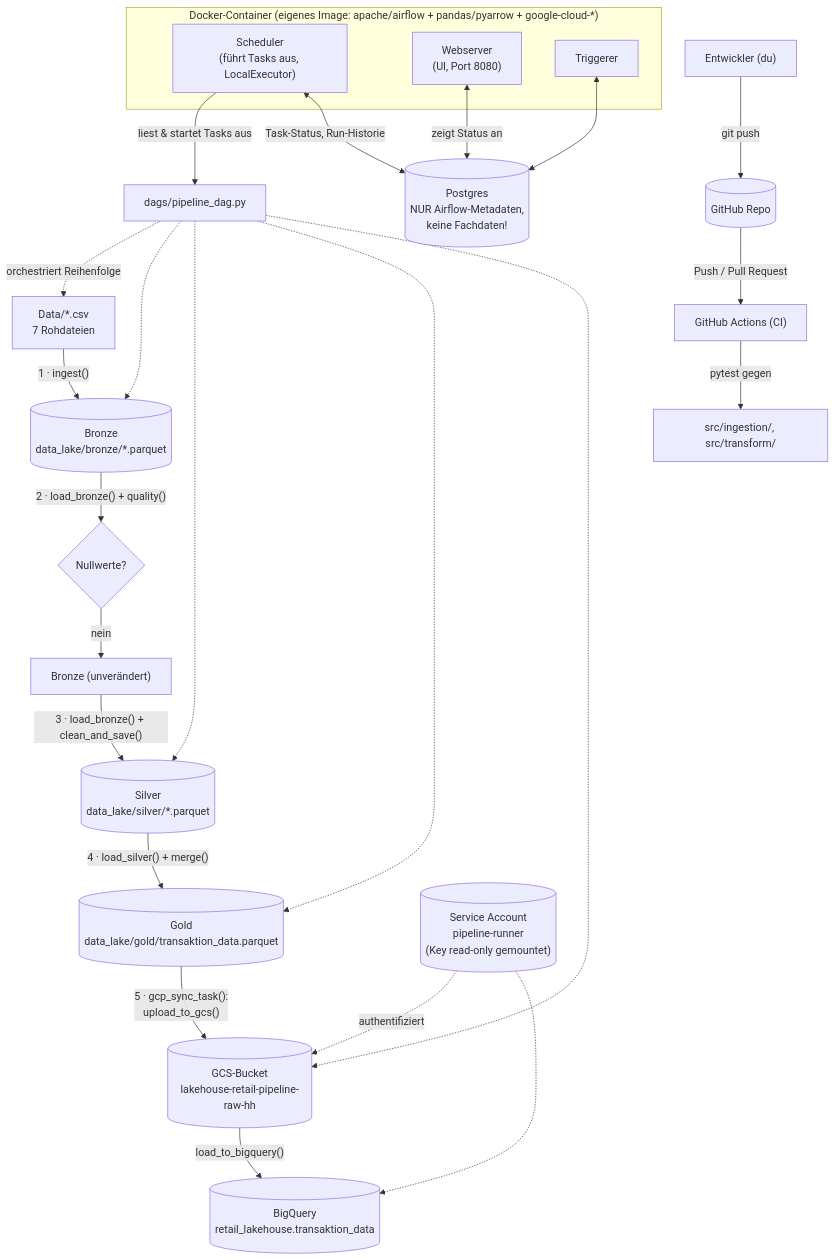
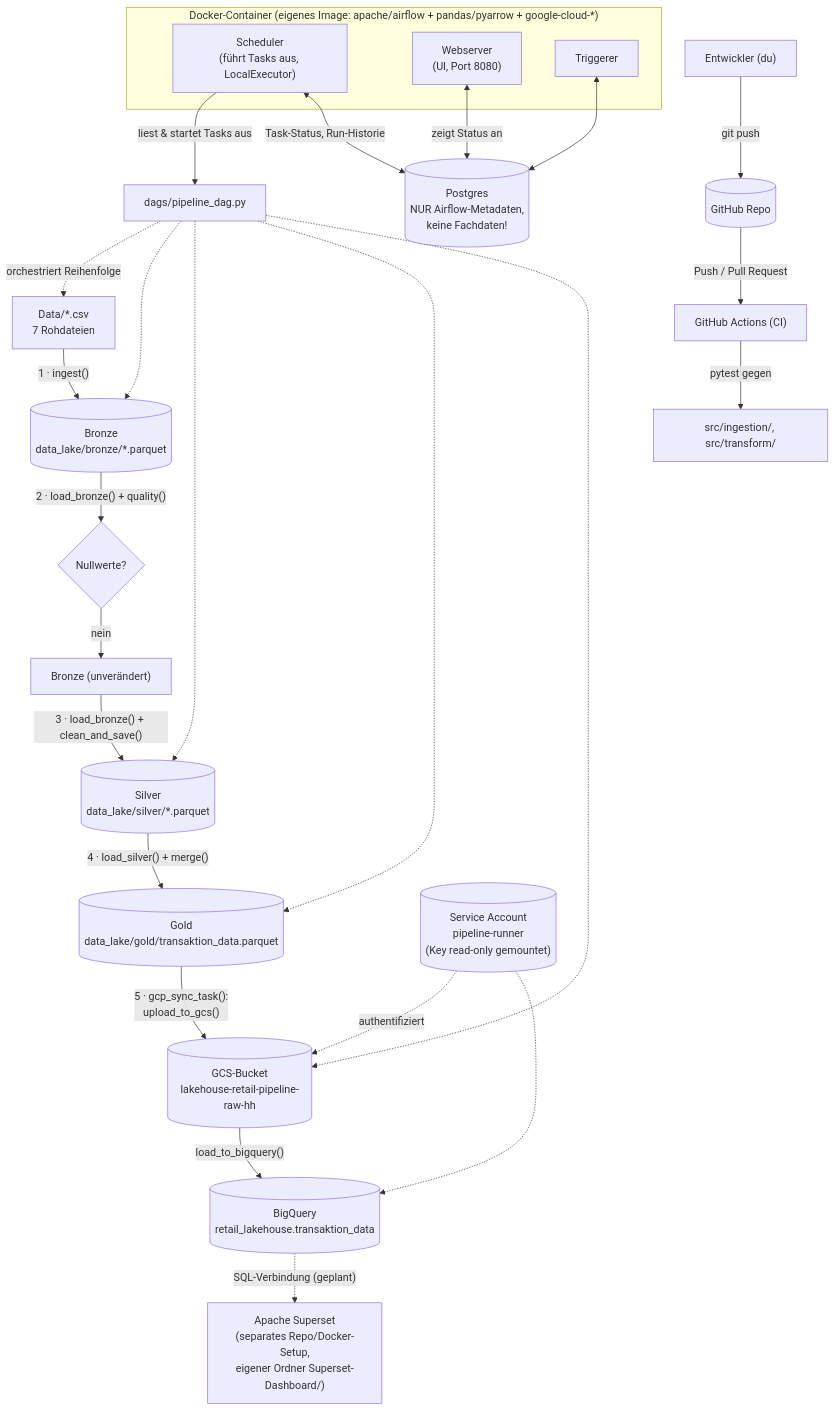
The first of 2 diagrams in docs/architecture.md (Sbata-Germany-25/lakehouse-retail-pipeline), drawn with Mermaid before and after one commit. The commit also changed other lines of this file and 2 other files, not shown here.

Commit message:
clean up README and align docs with GCP/Superset state

````diff
--- a/docs/architecture.md
+++ b/docs/architecture.md
@@ -7,38 +7,39 @@
 ```mermaid
 flowchart TD
     CSV["Data/*.csv<br/>7 Rohdateien"] -->|"1 · ingest()"| BRONZE[("Bronze<br/>data_lake/bronze/*.parquet")]
 
     BRONZE -->|"2 · load_bronze() + quality()"| QCHECK{"Nullwerte?"}
     QCHECK -->|nein| BRONZE2["Bronze (unverändert)"]
 
     BRONZE2 -->|"3 · load_bronze() + clean_and_save()"| SILVER[("Silver<br/>data_lake/silver/*.parquet")]
 
     SILVER -->|"4 · load_silver() + merge()"| GOLD[("Gold<br/>data_lake/gold/transaktion_data.parquet")]
 
     GOLD -->|"5 · gcp_sync_task():<br/>upload_to_gcs()"| GCS[("GCS-Bucket<br/>lakehouse-retail-pipeline-raw-hh")]
     GCS -->|"load_to_bigquery()"| BQ[("BigQuery<br/>retail_lakehouse.transaktion_data")]
+    BQ -.->|"SQL-Verbindung (geplant)"| SUPERSET["Apache Superset<br/>(separates Repo/Docker-Setup,<br/>eigener Ordner Superset-Dashboard/)"]
 
     subgraph DOCKER["Docker-Container (eigenes Image: apache/airflow + pandas/pyarrow + google-cloud-*)"]
         SCHED["Scheduler<br/>(führt Tasks aus, LocalExecutor)"]
         WEB["Webserver<br/>(UI, Port 8080)"]
         TRIG["Triggerer"]
     end
 
     SA[("Service Account<br/>pipeline-runner<br/>(Key read-only gemountet)")] -.->|"authentifiziert"| GCS
     SA -.-> BQ
 
     SCHED -->|"liest & startet Tasks aus"| DAGFILE["dags/pipeline_dag.py"]
     DAGFILE -.->|orchestriert Reihenfolge| CSV
     DAGFILE -.-> BRONZE
     DAGFILE -.-> SILVER
     DAGFILE -.-> GOLD
     DAGFILE -.-> GCS
 
     SCHED <-->|"Task-Status, Run-Historie"| METADB[("Postgres<br/>NUR Airflow-Metadaten,<br/>keine Fachdaten!")]
     WEB <-->|"zeigt Status an"| METADB
     TRIG <--> METADB
 
     DEV["Entwickler (du)"] -->|"git push"| GITHUB[("GitHub Repo")]
     GITHUB -->|"Push / Pull Request"| ACTIONS["GitHub Actions (CI)"]
     ACTIONS -->|"pytest gegen"| SRC["src/ingestion/, src/transform/"]
 ```
````
